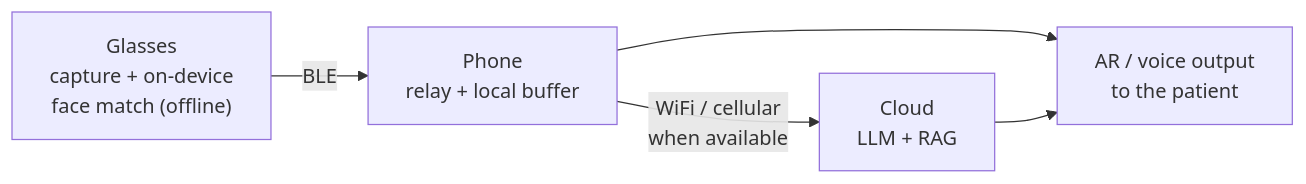
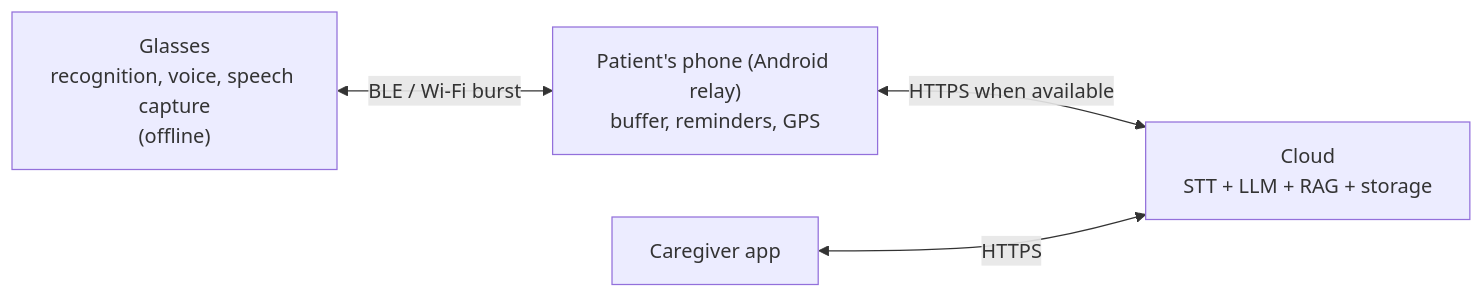
Before and after one commit to AhmedMostafaDev12/Graduation_project_2: the diagram in README.md, drawn with Mermaid. The commit also changed other lines of this file and 10 other files, not shown here.

````diff
--- a/README.md
+++ b/README.md
@@ -21,7 +22,6 @@
 ```mermaid
 flowchart LR
-  A["Glasses<br/>capture + on-device<br/>face match (offline)"] -->|BLE| B["Phone<br/>relay + local buffer"]
-  B -->|"WiFi / cellular<br/>when available"| C["Cloud<br/>LLM + RAG"]
-  B --> D["AR / voice output<br/>to the patient"]
-  C --> D
+  A["Glasses<br/>recognition, voice, speech capture<br/>(offline)"] <-->|"BLE / Wi-Fi burst"| B["Patient's phone (Android relay)<br/>buffer, reminders, GPS"]
+  B <-->|"HTTPS when available"| C["Cloud<br/>STT + LLM + RAG + storage"]
+  D["Caregiver app"] <-->|HTTPS| C
 ```
````
